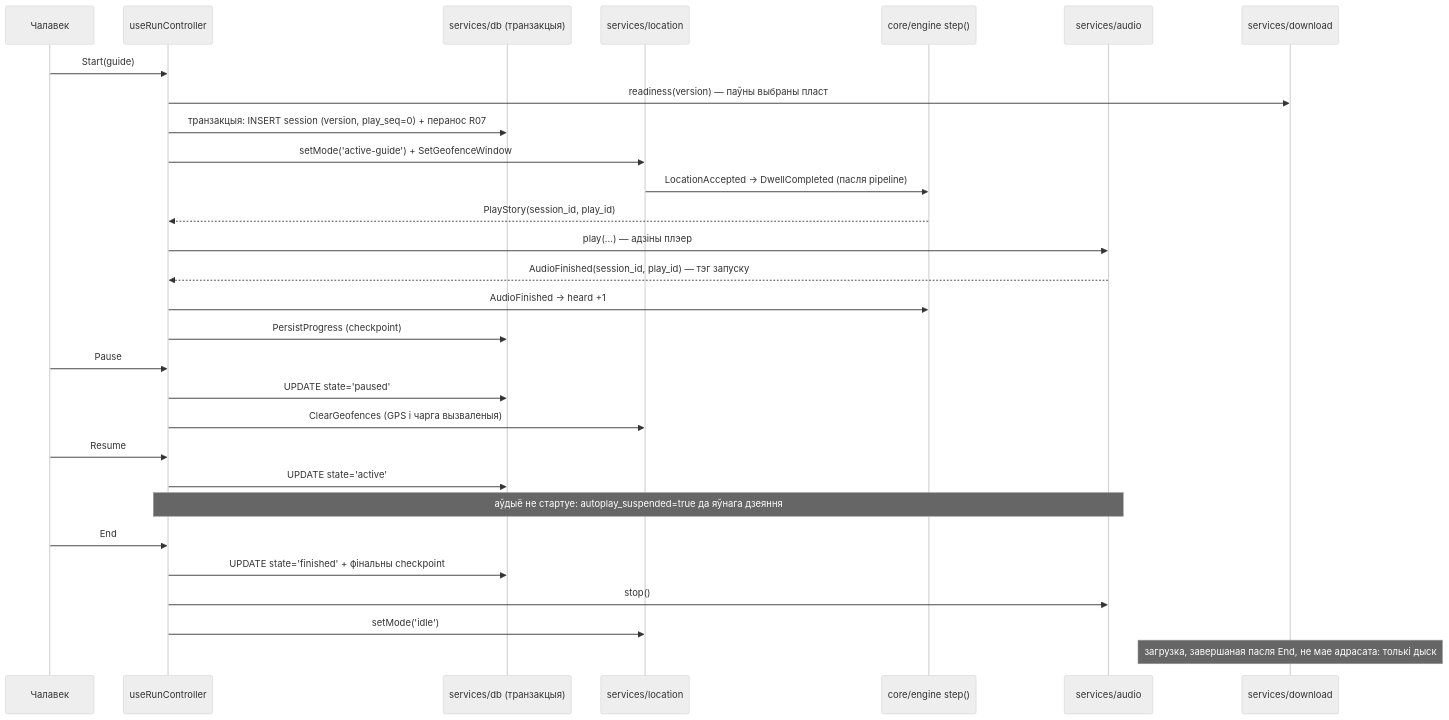
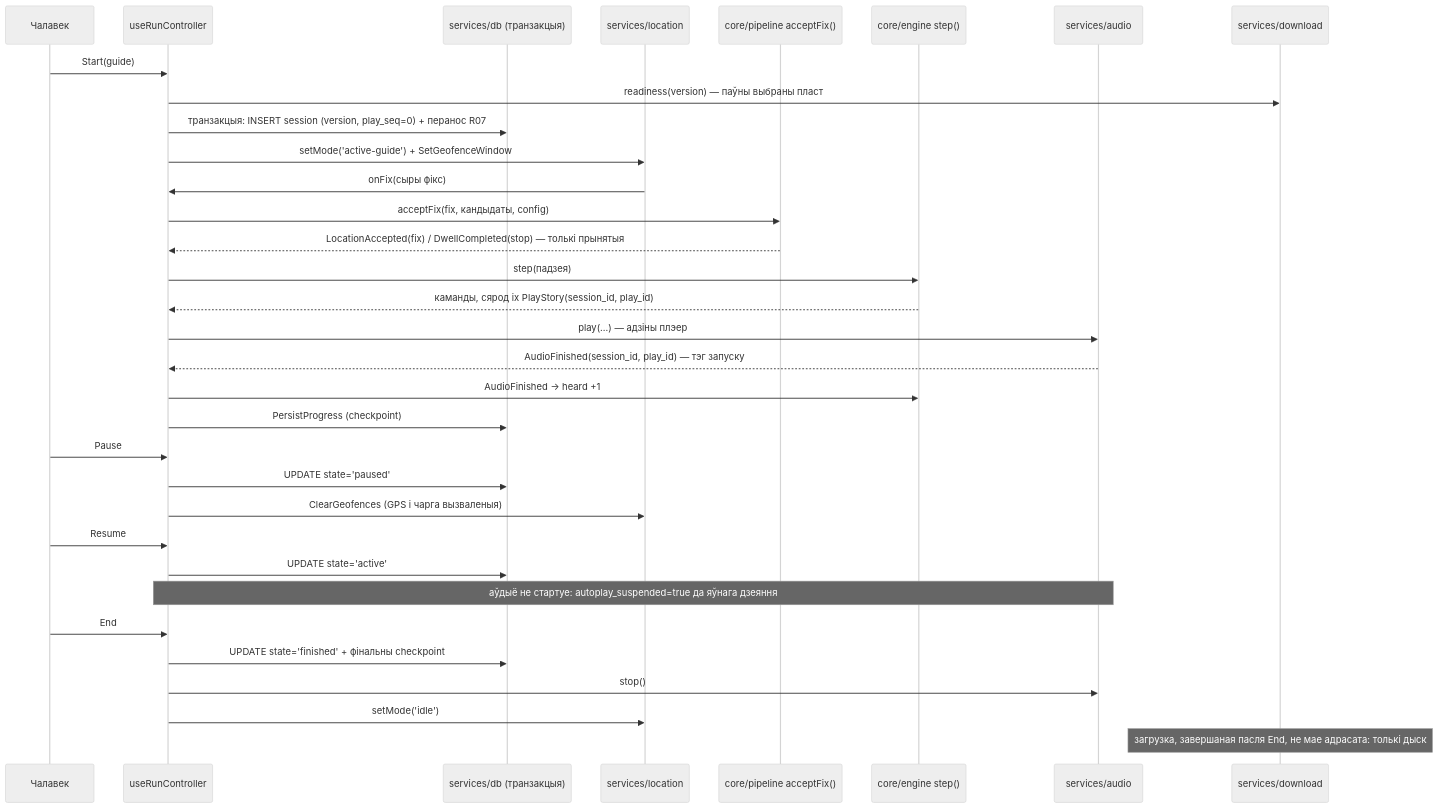
Before and after one commit to vokhandcrafts/KUDY: the third of 3 diagrams in docs/architecture/19_class_and_module_map.md, drawn with Mermaid (neutral theme). The commit also changed other lines of this file, not shown here.

Commit message:
docs(arch): review 91 — controller/pipeline hops in diagrams, event/state pointers, Belarusian fixes

````diff
--- a/docs/architecture/19_class_and_module_map.md
+++ b/docs/architecture/19_class_and_module_map.md
@@ -361,31 +367,35 @@
 ```mermaid
 sequenceDiagram
   participant U as Чалавек
   participant RC as useRunController
   participant DB as services/db (транзакцыя)
   participant LOC as services/location
+  participant P as core/pipeline acceptFix()
   participant E as core/engine step()
   participant AUD as services/audio
   participant DL as services/download
 
   U->>RC: Start(guide)
   RC->>DL: readiness(version) — паўны выбраны пласт
   RC->>DB: транзакцыя: INSERT session (version, play_seq=0) + перанос R07
   RC->>LOC: setMode('active-guide') + SetGeofenceWindow
-  LOC->>E: LocationAccepted → DwellCompleted (пасля pipeline)
-  E-->>RC: PlayStory(session_id, play_id)
+  LOC->>RC: onFix(сыры фікс)
+  RC->>P: acceptFix(fix, кандыдаты, config)
+  P-->>RC: LocationAccepted(fix) / DwellCompleted(stop) — толькі прынятыя
+  RC->>E: step(падзея)
+  E-->>RC: каманды, сярод іх PlayStory(session_id, play_id)
   RC->>AUD: play(...) — адзіны плэер
   AUD-->>RC: AudioFinished(session_id, play_id) — тэг запуску
   RC->>E: AudioFinished → heard +1
   RC->>DB: PersistProgress (checkpoint)
   U->>RC: Pause
   RC->>DB: UPDATE state='paused'
   RC->>LOC: ClearGeofences (GPS і чарга вызваленыя)
   U->>RC: Resume
   RC->>DB: UPDATE state='active'
   Note over RC,AUD: аўдыё не стартуе: autoplay_suspended=true да яўнага дзеяння
   U->>RC: End
   RC->>DB: UPDATE state='finished' + фінальны checkpoint
   RC->>AUD: stop(); RC->>LOC: setMode('idle')
   Note over DL: загрузка, завершаная пасля End, не мае адрасата: толькі дыск
 ```
````
